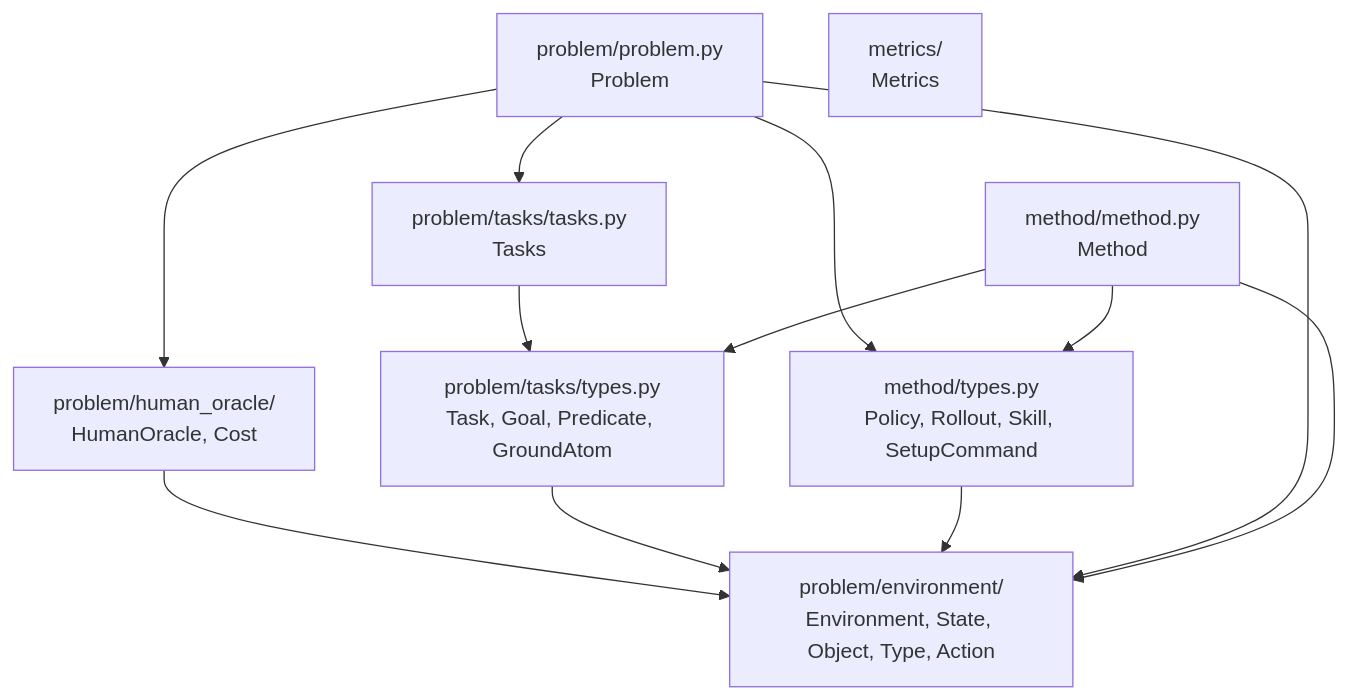
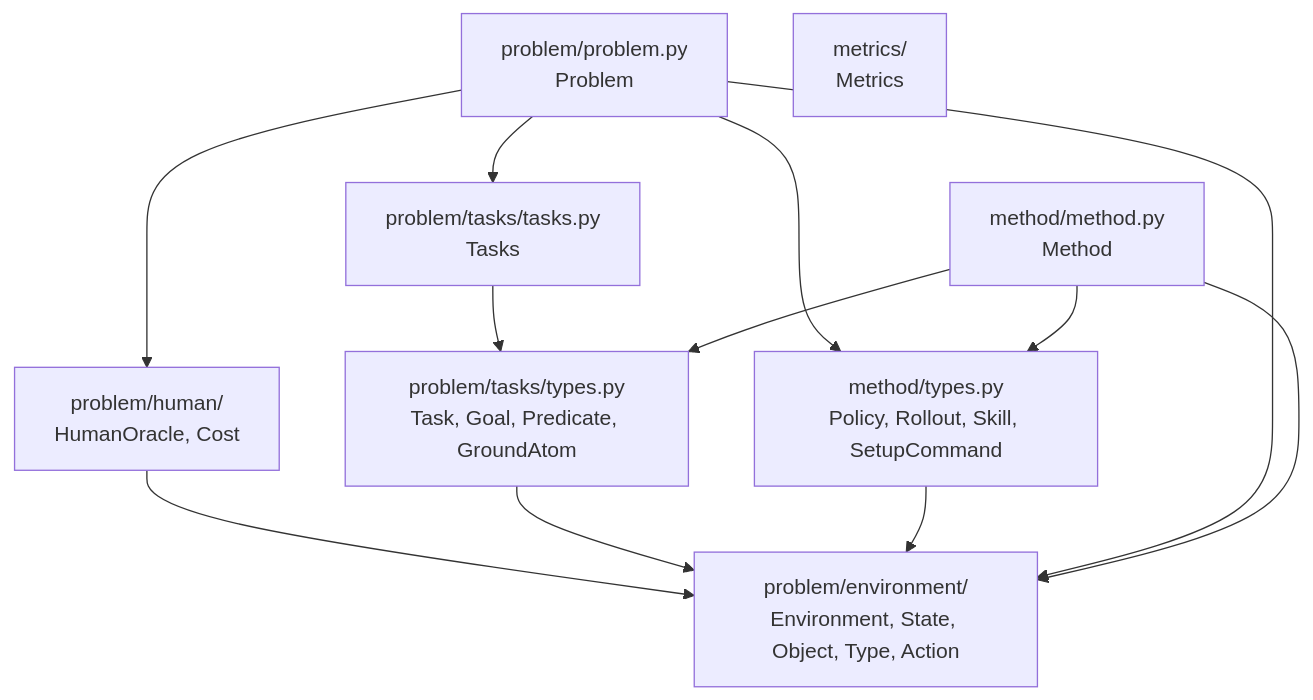
Before and after one commit to joshnroy/human-in-the-loop-practice-makes-perfect: the diagram in src/hitl_pmp/core/README.md, drawn with Mermaid. The commit also changed other lines of this file and 3 other files, not shown here.

````diff
--- a/src/hitl_pmp/core/README.md
+++ b/src/hitl_pmp/core/README.md
@@ -213,23 +216,23 @@
 ```mermaid
 graph TD
     env["problem/environment/<br/>Environment, State, Object, Type, Action"]
-    ho["problem/human_oracle/<br/>HumanOracle, Cost"]
+    ho["problem/human/<br/>HumanOracle, Cost"]
     tasktypes["problem/tasks/types.py<br/>Task, Goal, Predicate, GroundAtom"]
     tasks["problem/tasks/tasks.py<br/>Tasks"]
     mtypes["method/types.py<br/>Policy, Rollout, Skill, SetupCommand"]
     problem["problem/problem.py<br/>Problem"]
     method["method/method.py<br/>Method"]
     metrics["metrics/<br/>Metrics"]
 
     ho --> env
     tasktypes --> env
     tasks --> tasktypes
     mtypes --> env
     problem --> env
     problem --> ho
     problem --> tasks
     problem --> mtypes
     method --> env
     method --> mtypes
     method --> tasktypes
 ```
````
